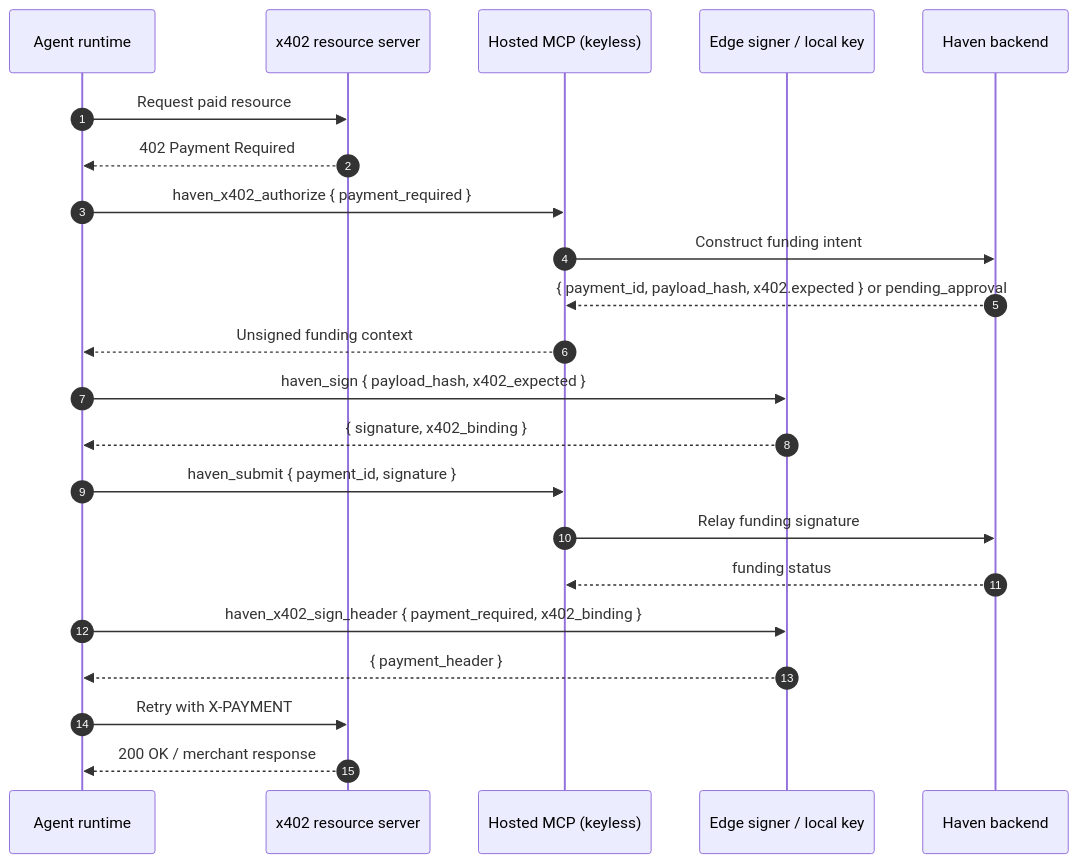
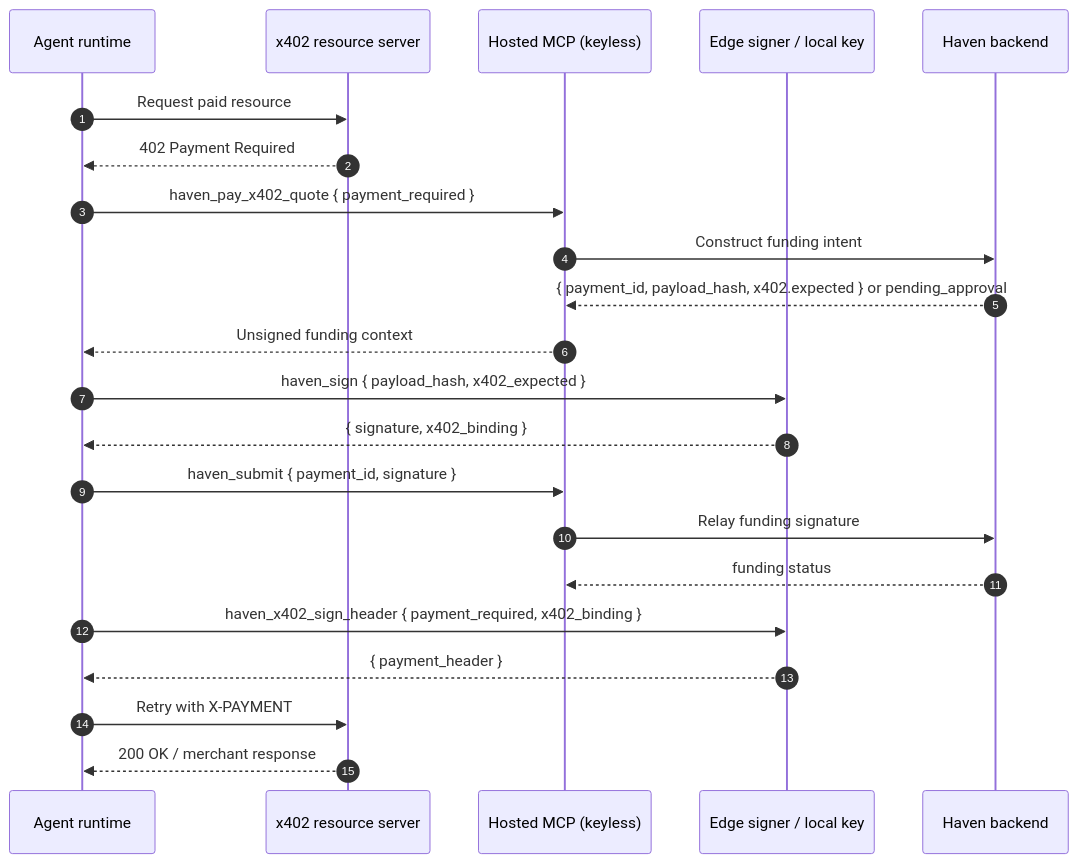
The second of 2 diagrams in docs/architecture/04-x402-payment-sequence.md (d-hinders/Haven-AI), drawn with Mermaid before and after one commit. The commit also changed 11 other files, not shown here.

````diff
--- a/docs/architecture/04-x402-payment-sequence.md
+++ b/docs/architecture/04-x402-payment-sequence.md
@@ -66,25 +66,25 @@
 ```mermaid
 sequenceDiagram
   autonumber
   participant Agent as Agent runtime
   participant Resource as x402 resource server
   participant MCP as Hosted MCP (keyless)
   participant Signer as Edge signer / local key
   participant API as Haven backend
 
   Agent->>Resource: Request paid resource
   Resource-->>Agent: 402 Payment Required
-  Agent->>MCP: haven_x402_authorize { payment_required }
+  Agent->>MCP: haven_pay_x402_quote { payment_required }
   MCP->>API: Construct funding intent
   API-->>MCP: { payment_id, payload_hash, x402.expected } or pending_approval
   MCP-->>Agent: Unsigned funding context
   Agent->>Signer: haven_sign { payload_hash, x402_expected }
   Signer-->>Agent: { signature, x402_binding }
   Agent->>MCP: haven_submit { payment_id, signature }
   MCP->>API: Relay funding signature
   API-->>MCP: funding status
   Agent->>Signer: haven_x402_sign_header { payment_required, x402_binding }
   Signer-->>Agent: { payment_header }
   Agent->>Resource: Retry with X-PAYMENT
   Resource-->>Agent: 200 OK / merchant response
 ```
````
